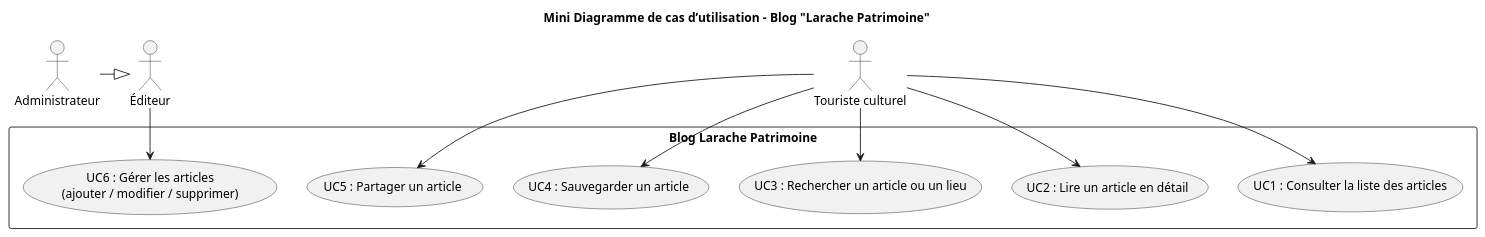
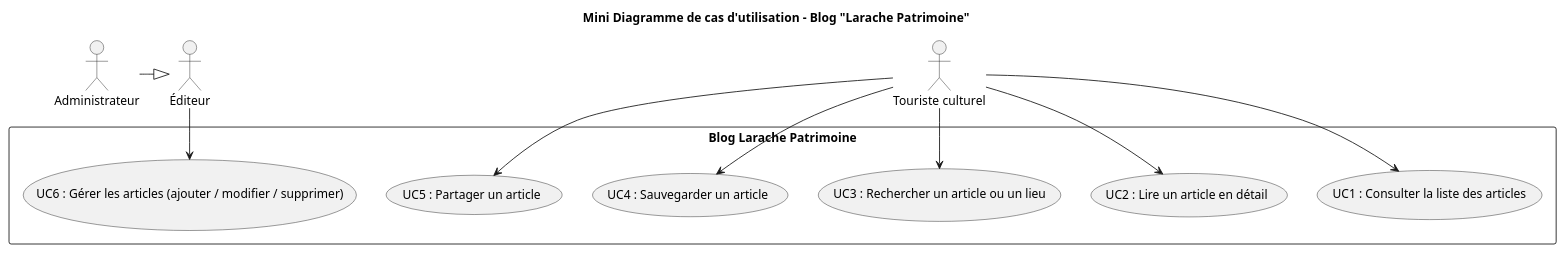
Before and after one commit to yasmineh-d/Blog_Larache_Larache_Patrimoine: the diagram in Diagram/UML.puml, drawn with PlantUML. The commit also changed 1 other file, not shown here.

Commit message:
midification diagram

```diff
--- a/Diagram/UML.puml
+++ b/Diagram/UML.puml
@@ -1,29 +1,29 @@
 @startuml
-title Mini Diagramme de cas d’utilisation – Blog "Larache Patrimoine"
+title Mini Diagramme de cas d'utilisation – Blog "Larache Patrimoine"
 
 actor "Touriste culturel" as Touriste
 actor "Administrateur" as Admin
 actor "Éditeur" as Editeur
 
 rectangle "Blog Larache Patrimoine" {
   usecase "UC1 : Consulter la liste des articles" as UC1
   usecase "UC2 : Lire un article en détail" as UC2
   usecase "UC3 : Rechercher un article ou un lieu" as UC3
   usecase "UC4 : Sauvegarder un article" as UC4
   usecase "UC5 : Partager un article" as UC5
-  usecase "UC6 : Gérer les articles\n(ajouter / modifier / supprimer)" as UC6
+  usecase "UC6 : Gérer les articles (ajouter / modifier / supprimer)" as UC6
 }
 
-' Relation d’héritage : Administrateur hérite de Éditeur
+' Relation d'héritage : Administrateur hérite de Éditeur
 Admin -|> Editeur
 
-' Relations entre acteurs et cas d’utilisation
+' Relations entre acteurs et cas d'utilisation
 Touriste --> UC1
 Touriste --> UC2
 Touriste --> UC3
 Touriste --> UC4
 Touriste --> UC5
 
 Editeur --> UC6
 
 @enduml
```
